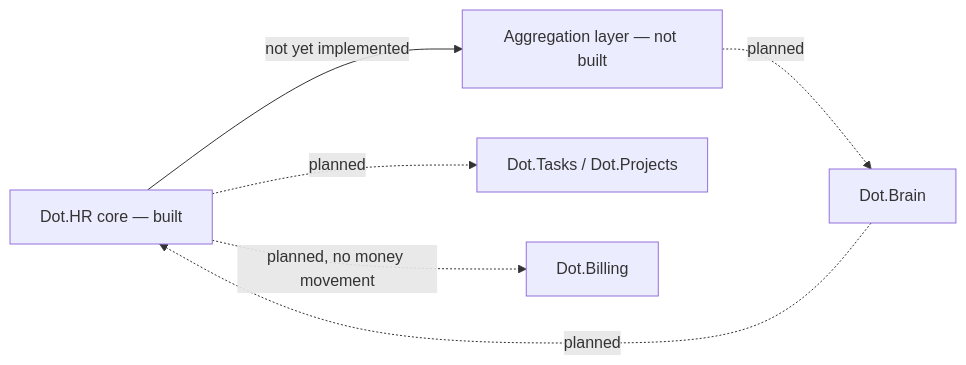
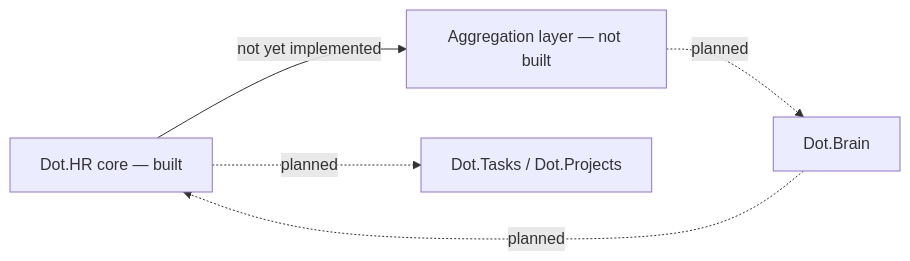
One commit to sakhilebhayi/Dot.HR changed the diagram in wiki.md. Above: the diagram before and after it, drawn with Mermaid. The commit also changed other lines of this file and 9 other files, not shown here.

````diff
--- a/wiki.md
+++ b/wiki.md
@@ -61,8 +61,7 @@
 ```mermaid
 flowchart LR
     HR[Dot.HR core — built] -->|not yet implemented| AGG[Aggregation layer — not built]
     AGG -.->|planned| B[Dot.Brain]
     B -.->|planned| HR
     HR -.->|planned| T[Dot.Tasks / Dot.Projects]
-    HR -.->|planned, no money movement| BI[Dot.Billing]
 ```
````
